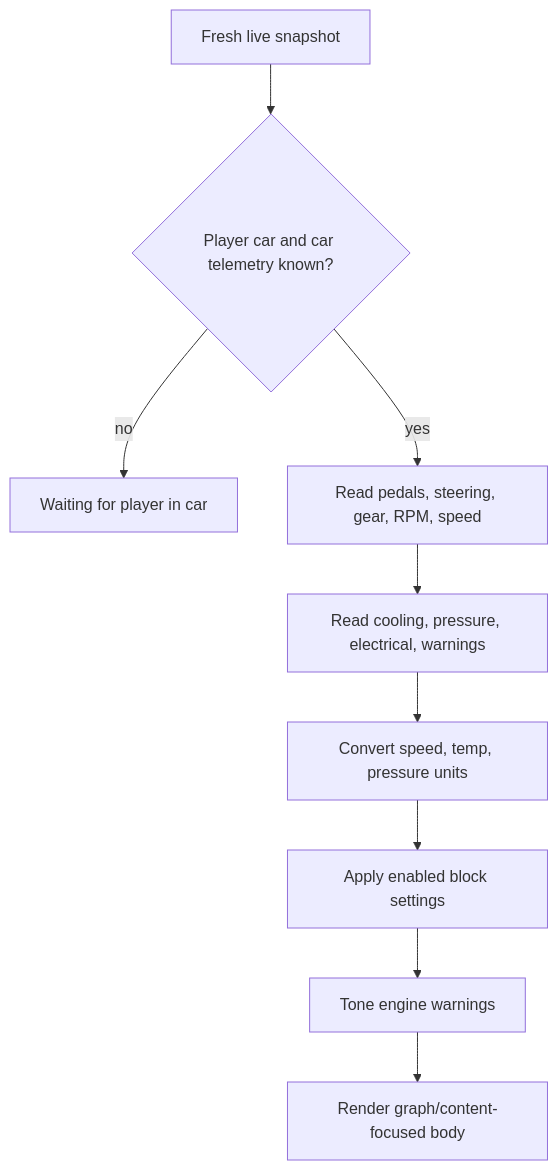
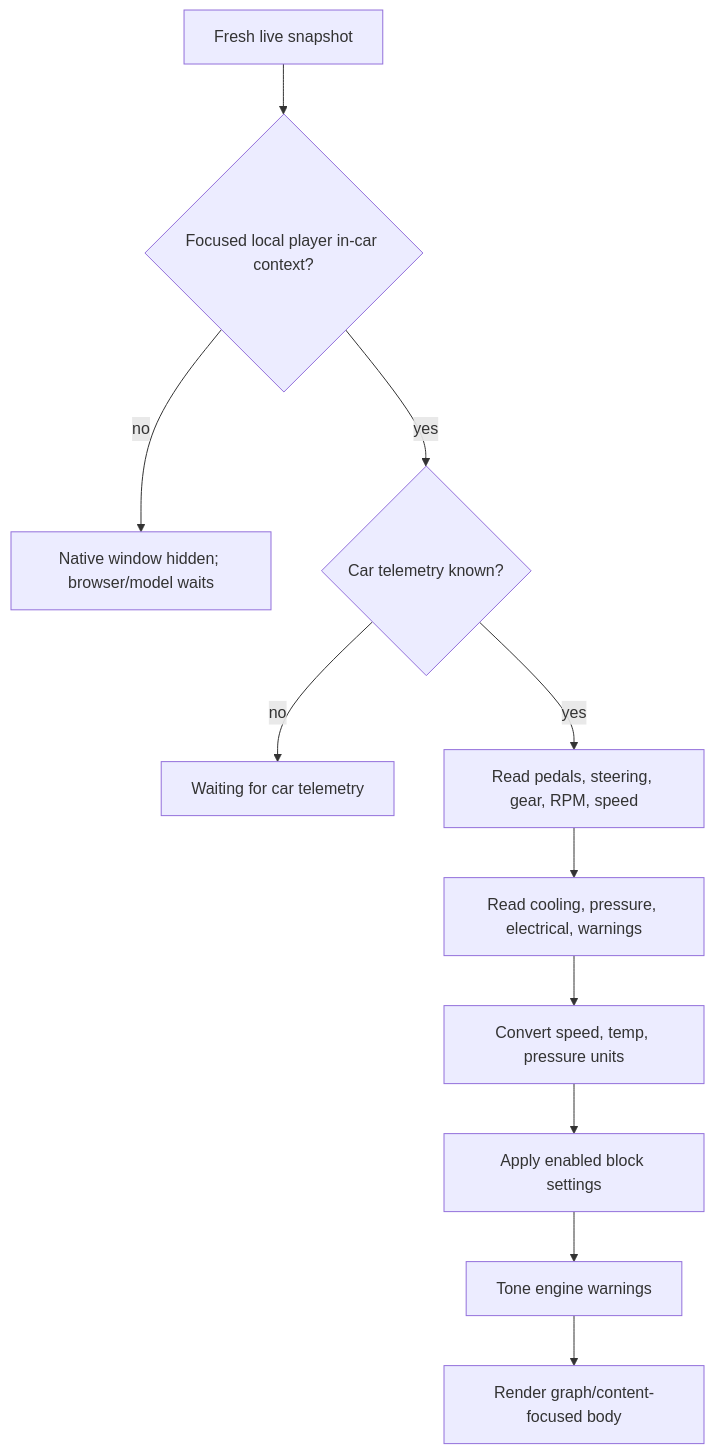
Before and after one commit to Boucher-David/tmrOverlay: diagram 12 of 16 in docs/overlay-flow-diagrams.md, drawn with Mermaid. The commit also changed other lines of this file and 28 other files, not shown here.

````diff
--- a/docs/overlay-flow-diagrams.md
+++ b/docs/overlay-flow-diagrams.md
@@ -201,11 +201,13 @@
 ```mermaid
 flowchart TD
-    Start["Fresh live snapshot"] --> Player{"Player car and car telemetry known?"}
-    Player -- no --> Waiting["Waiting for player in car"]
+    Start["Fresh live snapshot"] --> Local{"Focused local player in-car context?"}
+    Local -- no --> Hidden["Native window hidden; browser/model waits"]
+    Local -- yes --> Player{"Car telemetry known?"}
+    Player -- no --> Waiting["Waiting for car telemetry"]
     Player -- yes --> Inputs["Read pedals, steering, gear, RPM, speed"]
     Inputs --> Mechanical["Read cooling, pressure, electrical, warnings"]
     Mechanical --> Units["Convert speed, temp, pressure units"]
     Units --> Blocks["Apply enabled block settings"]
     Blocks --> Warnings["Tone engine warnings"]
     Warnings --> Render["Render graph/content-focused body"]
 ```
````
